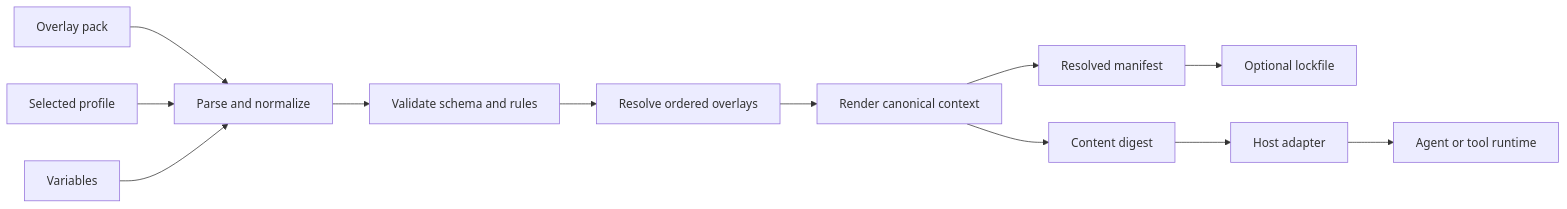
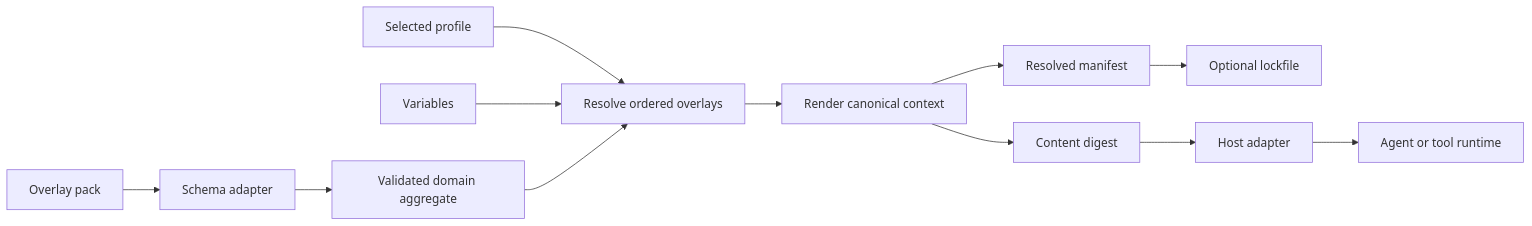
The diagram in docs/architecture/README.md (hackelia-micrantha/invokrum), drawn with Mermaid before and after one commit. The commit also changed other lines of this file and 19 other files, not shown here.

First line of the commit message:
Schema: define and validate the v1 overlay pack format (#24)

````diff
--- a/docs/architecture/README.md
+++ b/docs/architecture/README.md
@@ -90,14 +116,14 @@
 ```mermaid
 flowchart LR
-  Pack[Overlay pack] --> Parse[Parse and normalize]
-  Profile[Selected profile] --> Parse
-  Vars[Variables] --> Parse
-  Parse --> Validate[Validate schema and rules]
-  Validate --> Resolve[Resolve ordered overlays]
+  Pack[Overlay pack] --> Schema[Schema adapter]
+  Schema --> Domain[Validated domain aggregate]
+  Profile[Selected profile] --> Resolve[Resolve ordered overlays]
+  Vars[Variables] --> Resolve
+  Domain --> Resolve
   Resolve --> Render[Render canonical context]
   Render --> Manifest[Resolved manifest]
   Render --> Digest[Content digest]
   Manifest --> Lock[Optional lockfile]
   Digest --> Host[Host adapter]
   Host --> Runtime[Agent or tool runtime]
 ```
````
